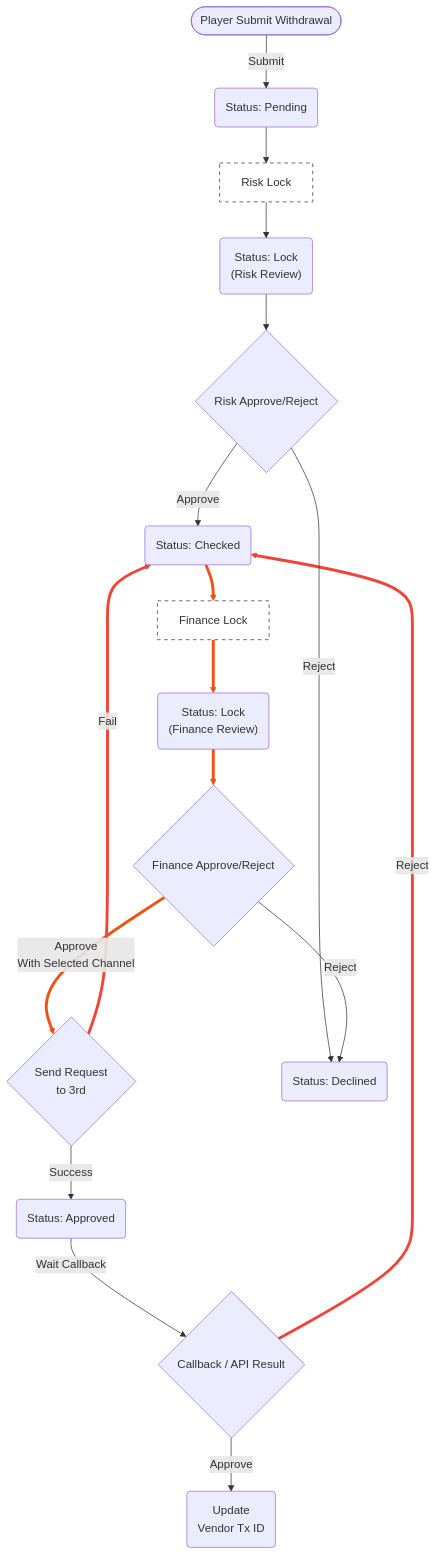
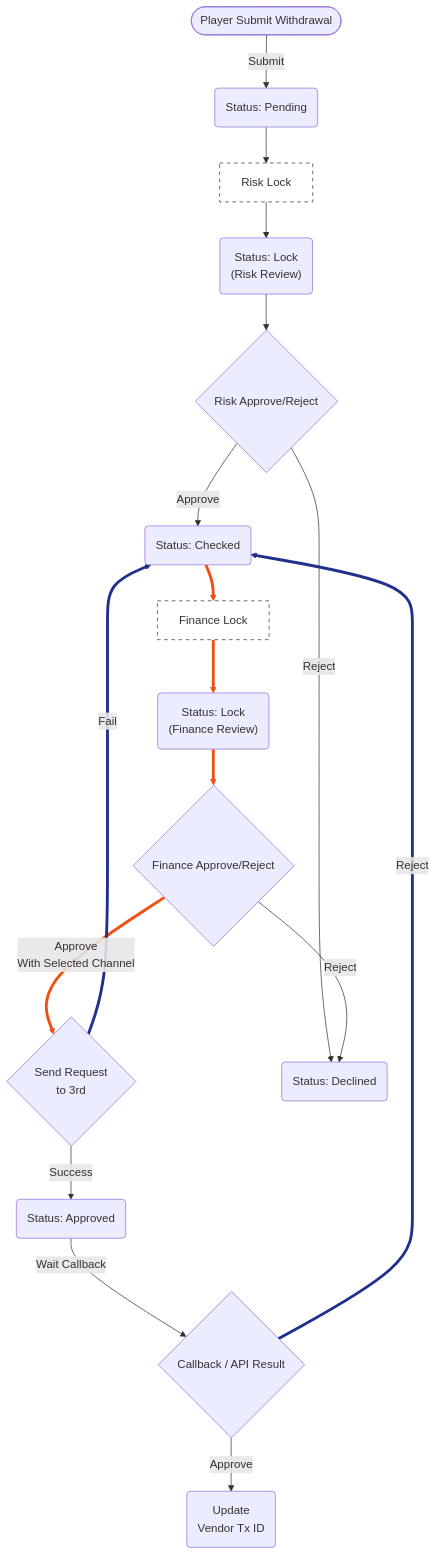
The first of 2 diagrams in no99_archive/sitflowchart.md (almightyken0425/SuSuGiGiSpec), drawn with Mermaid before and after one commit. The commit also changed other lines of this file, not shown here.

````diff
--- a/no99_archive/sitflowchart.md
+++ b/no99_archive/sitflowchart.md
@@ -29,56 +29,74 @@
 ```mermaid
 graph TD
     %% 節點定義
     Start(["Player Submit Withdrawal"])
     Pending("Status: Pending")
     
     RiskLockActionBox["Risk Lock"]
     RiskLock("Status: Lock<br/>(Risk Review)")
     
     RiskAction{"Risk Approve/Reject"}
     Checked("Status: Checked")
     
     FinanceLockActionBox["Finance Lock"]
     FinanceLock("Status: Lock<br/>(Finance Review)")
     
     FinanceAction{"Finance Approve/Reject"}
     RequestAction{"Send Request<br/>to 3rd"}
     FinanceApproved("Status: Approved")
     
     Decline("Status: Declined")
     Success("Update<br>Vendor Tx ID")
     Callback{"Callback / API Result"}
 
     Start -->|"Submit"| Pending
     
     Pending --> RiskLockActionBox
     RiskLockActionBox --> RiskLock
     
     RiskLock --> RiskAction
     
     RiskAction -->|"Approve"| Checked
     
     Checked ==> FinanceLockActionBox
     FinanceLockActionBox ==> FinanceLock
     
     FinanceLock ==> FinanceAction
     
     FinanceAction ==>|"Approve<br/>With Selected Channel"| RequestAction
     
     RequestAction -->|"Success"| FinanceApproved
     RequestAction -->|"Fail"| Checked
     
     FinanceApproved -->|"Wait Callback"| Callback
 
     Callback -->|"Approve"| Success
     Callback -->|"Reject"| Checked
 
     RiskAction -->|"Reject"| Decline
     FinanceAction -->|"Reject"| Decline
 
+    %% linkStyle 索引 (基於連接線出現順序):
+    %% 0: Start -> Pending
+    %% 1: Pending -> RiskLockActionBox
+    %% 2: RiskLockActionBox -> RiskLock
+    %% 3: RiskLock -> RiskAction
+    %% 4: RiskAction -> Checked
+    %% 5: Checked ==> FinanceLockActionBox
+    %% 6: FinanceLockActionBox ==> FinanceLock
+    %% 7: FinanceLock ==> FinanceAction
+    %% 8: FinanceAction ==> RequestAction
+    %% 9: RequestAction --> FinanceApproved
+    %% 10: RequestAction --> Checked (Fail)
+    %% 11: FinanceApproved --> Callback
+    %% 12: Callback --> Success
+    %% 13: Callback --> Checked (Reject)
+    %% 14: RiskAction --> Decline
+    %% 15: FinanceAction --> Decline
+
     linkStyle 5,6,7,8 stroke:#F24F13,stroke-width:4px;
-    linkStyle 10,13 stroke:#f44336,stroke-width:4px;
+    linkStyle 10,13 stroke:#20308c,stroke-width:4px;
 
     style RiskLockActionBox fill:#fff,stroke:#333,stroke-dasharray: 5 5
     style FinanceLockActionBox fill:#fff,stroke:#333,stroke-dasharray: 5 5
 ```
````
